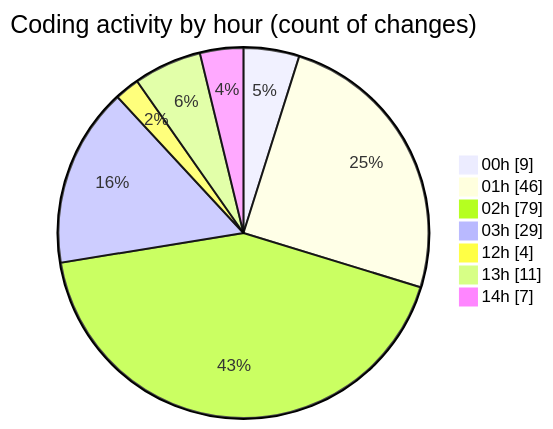
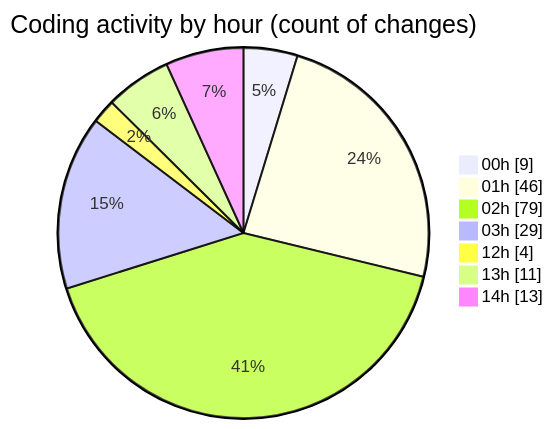
One commit to julien-gomy/code-tracking changed the second of 2 diagrams in 2025-11-18/eventscop-frontend-guide__workspace_/README.md. Above: the diagram before and after it, drawn with Mermaid. The commit also changed other lines of this file and 1 other file, not shown here.

````diff
--- a/2025-11-18/eventscop-frontend-guide__workspace_/README.md
+++ b/2025-11-18/eventscop-frontend-guide__workspace_/README.md
@@ -74,11 +74,11 @@
 ```mermaid
 pie showData
 title Coding activity by hour (count of changes)
 "00h" : 9
 "01h" : 46
 "02h" : 79
 "03h" : 29
 "12h" : 4
 "13h" : 11
-"14h" : 7
+"14h" : 13
 ```
````
